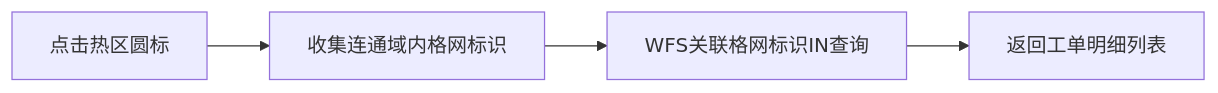
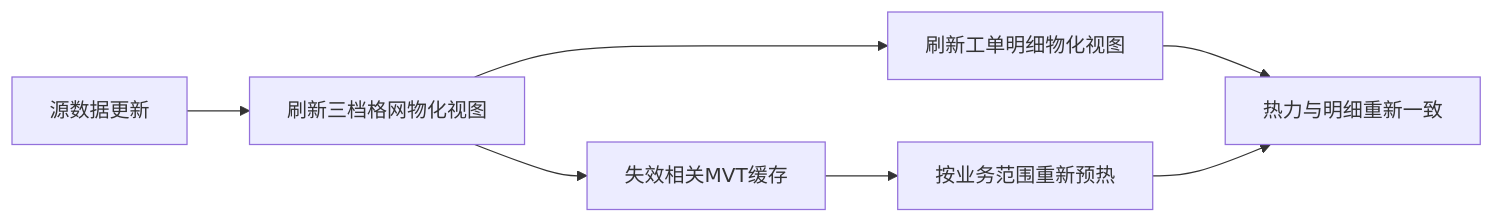
The seventh of 7 diagrams in Blog/mvt-webgl_heatmap-ccl/02-服务层-MVT瓦片与按需明细查询.md (zheyi420/Dev-Wiki), drawn with Mermaid before and after one commit. The commit also changed other lines of this file, not shown here.

````diff
--- a/Blog/mvt-webgl_heatmap-ccl/02-服务层-MVT瓦片与按需明细查询.md
+++ b/Blog/mvt-webgl_heatmap-ccl/02-服务层-MVT瓦片与按需明细查询.md
@@ -238,8 +385,15 @@
 ```mermaid
 flowchart LR
-  regionLabel[点击热区圆标]
-  gridIds[收集连通域内格网标识]
-  wfsIn[WFS关联格网标识IN查询]
-  orderList[返回工单明细列表]
-  regionLabel --> gridIds --> wfsIn --> orderList
+  sourceUpdate[源数据更新]
+  refreshGrid[刷新三档格网物化视图]
+  refreshDetail[刷新工单明细物化视图]
+  invalidateCache[失效相关MVT缓存]
+  warmCache[按业务范围重新预热]
+  consistent[热力与明细重新一致]
+
+  sourceUpdate --> refreshGrid
+  refreshGrid --> refreshDetail
+  refreshGrid --> invalidateCache --> warmCache
+  refreshDetail --> consistent
+  warmCache --> consistent
 ```
````
